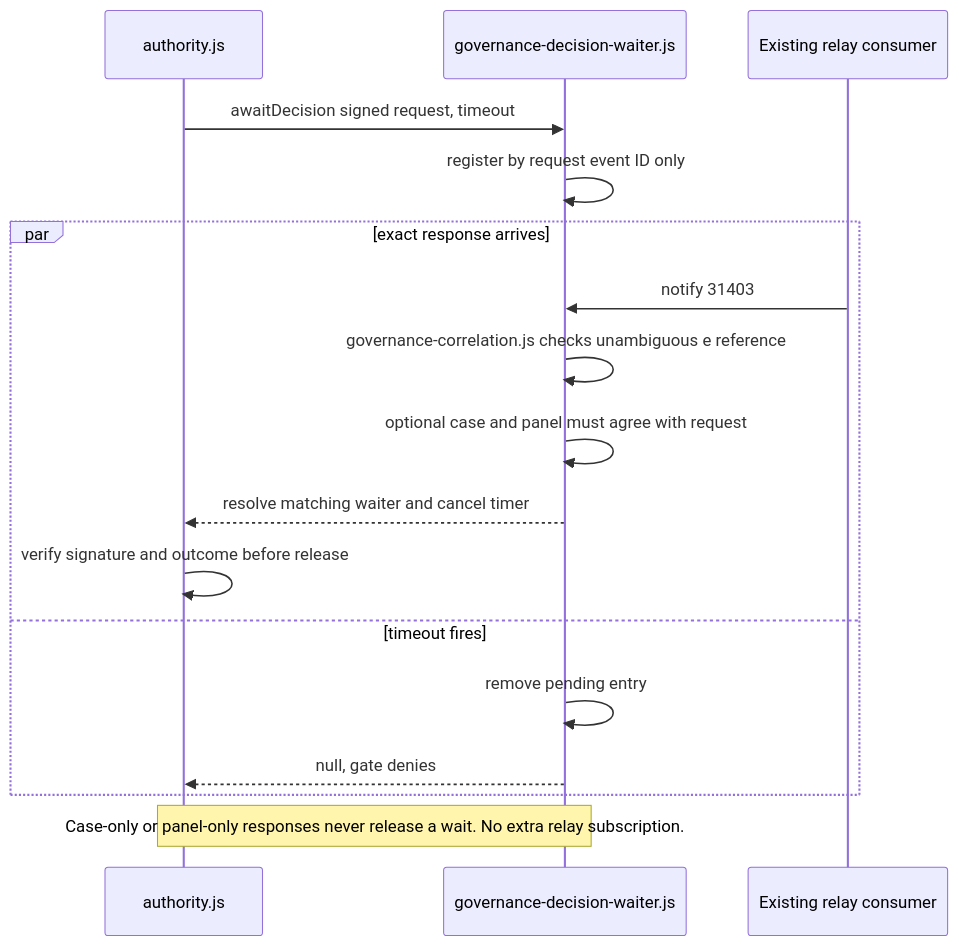
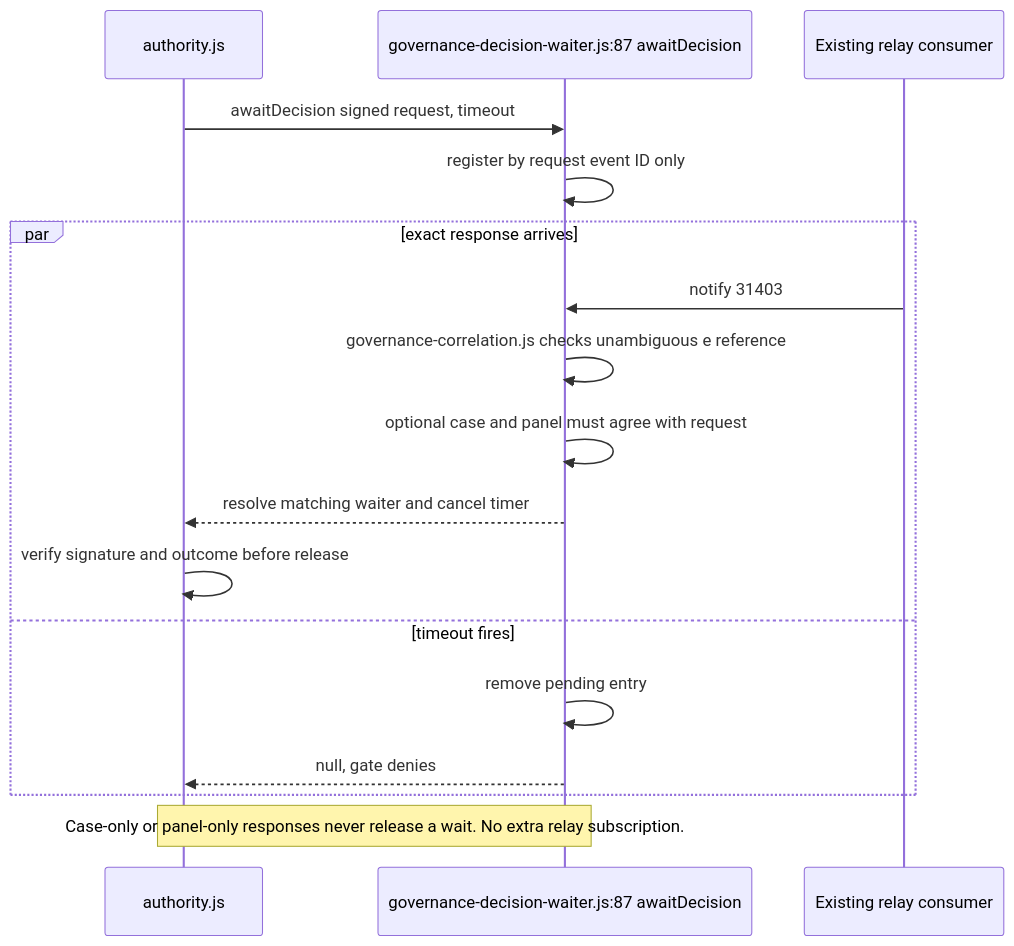
Before and after one commit to DreamLab-AI/VisionFlow: the sixth of 14 diagrams in docs/diagrams/agentbox/14-governance-journal-actions-approvals.md, drawn with Mermaid. The commit also changed other lines of this file and 51 other files, not shown here.

First line of the commit message:
docs(diagrams): agentbox AB-01..13 re-attested anchor by anchor (980 anchors, 22 defects); checkpoint against an out-of-mesh writer

````diff
--- a/docs/diagrams/agentbox/14-governance-journal-actions-approvals.md
+++ b/docs/diagrams/agentbox/14-governance-journal-actions-approvals.md
@@ -276,19 +276,19 @@
 ```mermaid
 sequenceDiagram
     participant Gate as authority.js
-    participant Waiter as governance-decision-waiter.js
+    participant Waiter as governance-decision-waiter.js:87 awaitDecision
     participant Relay as Existing relay consumer
     Gate->>Waiter: awaitDecision signed request, timeout
     Waiter->>Waiter: register by request event ID only
     par exact response arrives
         Relay->>Waiter: notify 31403
         Waiter->>Waiter: governance-correlation.js checks unambiguous e reference
         Waiter->>Waiter: optional case and panel must agree with request
         Waiter-->>Gate: resolve matching waiter and cancel timer
         Gate->>Gate: verify signature and outcome before release
     and timeout fires
         Waiter->>Waiter: remove pending entry
         Waiter-->>Gate: null, gate denies
     end
     Note over Gate,Waiter: Case-only or panel-only responses never release a wait. No extra relay subscription.
 ```
````
